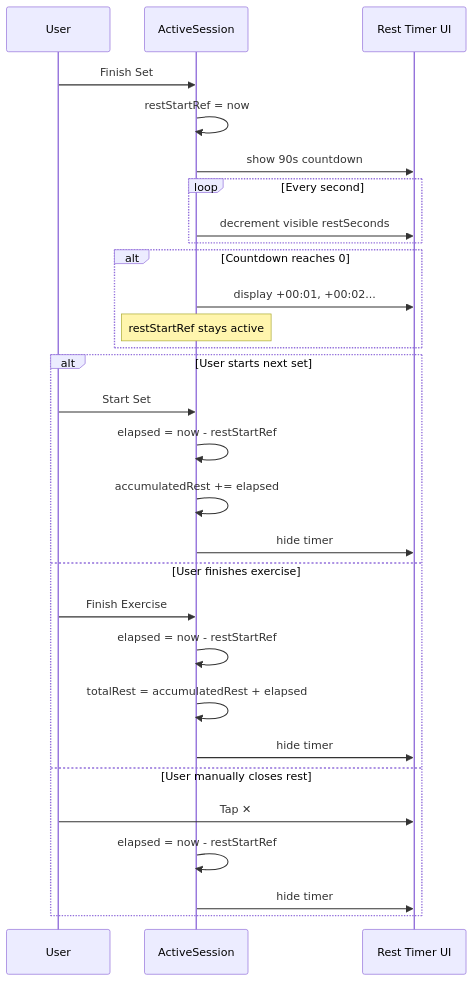
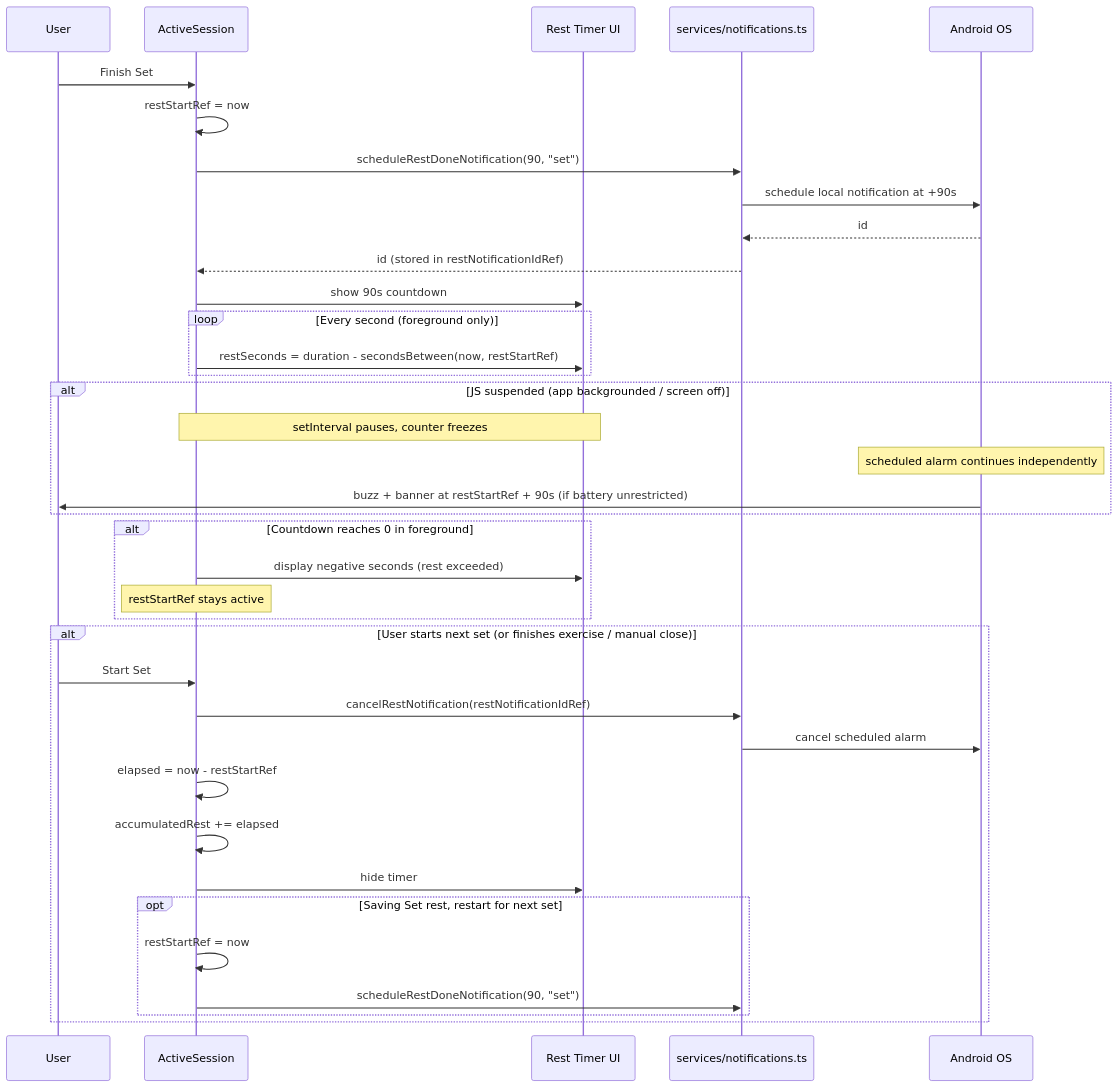
One commit to siddhantagwl/smart-gym-assistant changed the second of 6 diagrams in ARCHITECTURE.md. Above: the diagram before and after it, drawn with Mermaid. The commit also changed other lines of this file and 1 other file, not shown here.

Commit message:
docs: update CLAUDE.md and ARCHITECTURE.md for rest notifications + settings refresh

````diff
--- a/ARCHITECTURE.md
+++ b/ARCHITECTURE.md
@@ -376,31 +421,39 @@
 ```mermaid
 sequenceDiagram
   participant User
   participant ActiveSession
   participant TimerUI as Rest Timer UI
+  participant Notif as services/notifications.ts
+  participant OS as Android OS
   User->>ActiveSession: Finish Set
   ActiveSession->>ActiveSession: restStartRef = now
+  ActiveSession->>Notif: scheduleRestDoneNotification(90, "set")
+  Notif->>OS: schedule local notification at +90s
+  OS-->>Notif: id
+  Notif-->>ActiveSession: id (stored in restNotificationIdRef)
   ActiveSession->>TimerUI: show 90s countdown
-  loop Every second
-    ActiveSession->>TimerUI: decrement visible restSeconds
+  loop Every second (foreground only)
+    ActiveSession->>TimerUI: restSeconds = duration - secondsBetween(now, restStartRef)
   end
-  alt Countdown reaches 0
-    ActiveSession->>TimerUI: display +00:01, +00:02...
+  alt JS suspended (app backgrounded / screen off)
+    Note over ActiveSession,TimerUI: setInterval pauses, counter freezes
+    Note over OS: scheduled alarm continues independently
+    OS->>User: buzz + banner at restStartRef + 90s (if battery unrestricted)
+  end
+  alt Countdown reaches 0 in foreground
+    ActiveSession->>TimerUI: display negative seconds (rest exceeded)
     Note over ActiveSession: restStartRef stays active
   end
-  alt User starts next set
+  alt User starts next set (or finishes exercise / manual close)
     User->>ActiveSession: Start Set
+    ActiveSession->>Notif: cancelRestNotification(restNotificationIdRef)
+    Notif->>OS: cancel scheduled alarm
     ActiveSession->>ActiveSession: elapsed = now - restStartRef
     ActiveSession->>ActiveSession: accumulatedRest += elapsed
     ActiveSession->>TimerUI: hide timer
-  else User finishes exercise
-    User->>ActiveSession: Finish Exercise
-    ActiveSession->>ActiveSession: elapsed = now - restStartRef
-    ActiveSession->>ActiveSession: totalRest = accumulatedRest + elapsed
-    ActiveSession->>TimerUI: hide timer
-  else User manually closes rest
-    User->>TimerUI: Tap ✕
-    ActiveSession->>ActiveSession: elapsed = now - restStartRef
-    ActiveSession->>TimerUI: hide timer
+    opt Saving Set rest, restart for next set
+      ActiveSession->>ActiveSession: restStartRef = now
+      ActiveSession->>Notif: scheduleRestDoneNotification(90, "set")
+    end
   end
 ```
````
